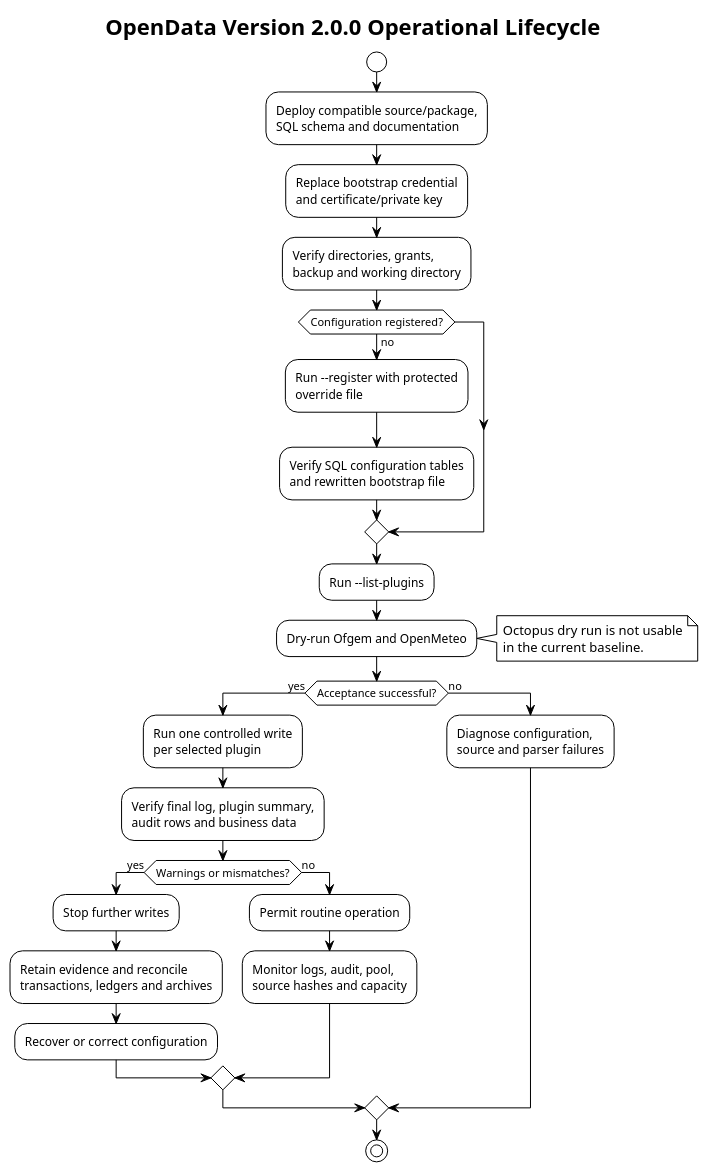
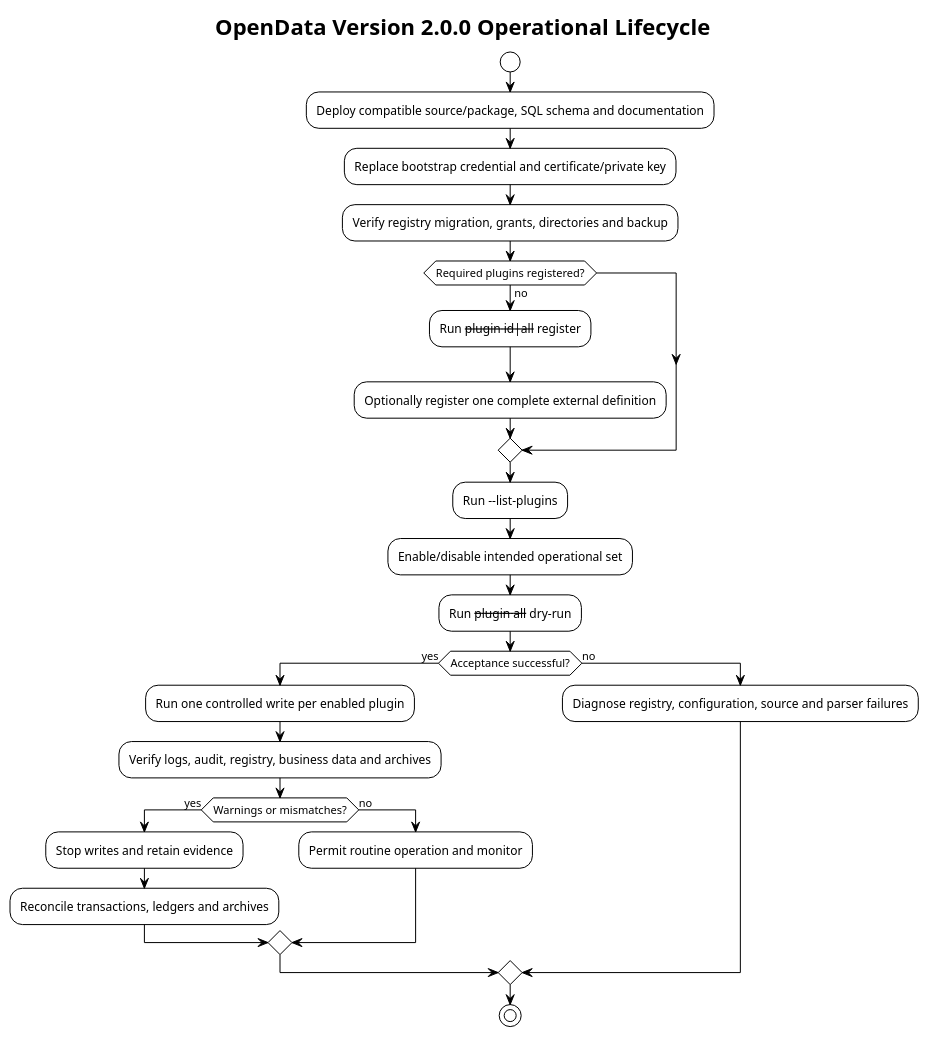
Before and after one commit to TerryCurranZellis/OpenData: the diagram in docs/diagrams/source/operational-lifecycle.puml, drawn with PlantUML. The commit also changed 128 other files, not shown here.

```diff
--- a/docs/diagrams/source/operational-lifecycle.puml
+++ b/docs/diagrams/source/operational-lifecycle.puml
@@ -1,48 +1,28 @@
 @startuml
 !theme plain
 title OpenData Version 2.0.0 Operational Lifecycle
-
 start
-:Deploy compatible source/package,
-SQL schema and documentation;
-:Replace bootstrap credential
-and certificate/private key;
-:Verify directories, grants,
-backup and working directory;
-
-if (Configuration registered?) then (no)
-  :Run --register with protected
-override file;
-  :Verify SQL configuration tables
-and rewritten bootstrap file;
+:Deploy compatible source/package, SQL schema and documentation;
+:Replace bootstrap credential and certificate/private key;
+:Verify registry migration, grants, directories and backup;
+if (Required plugins registered?) then (no)
+  :Run --plugin id|all --register;
+  :Optionally register one complete external definition;
 endif
-
 :Run --list-plugins;
-:Dry-run Ofgem and OpenMeteo;
-note right
-Octopus dry run is not usable
-in the current baseline.
-end note
-
+:Enable/disable intended operational set;
+:Run --plugin all --dry-run;
 if (Acceptance successful?) then (yes)
-  :Run one controlled write
-per selected plugin;
-  :Verify final log, plugin summary,
-audit rows and business data;
+  :Run one controlled write per enabled plugin;
+  :Verify logs, audit, registry, business data and archives;
   if (Warnings or mismatches?) then (yes)
-    :Stop further writes;
-    :Retain evidence and reconcile
-transactions, ledgers and archives;
-    :Recover or correct configuration;
+    :Stop writes and retain evidence;
+    :Reconcile transactions, ledgers and archives;
   else (no)
-    :Permit routine operation;
-    :Monitor logs, audit, pool,
-source hashes and capacity;
+    :Permit routine operation and monitor;
   endif
 else (no)
-  :Diagnose configuration,
-source and parser failures;
+  :Diagnose registry, configuration, source and parser failures;
 endif
-
 stop
 @enduml
```
